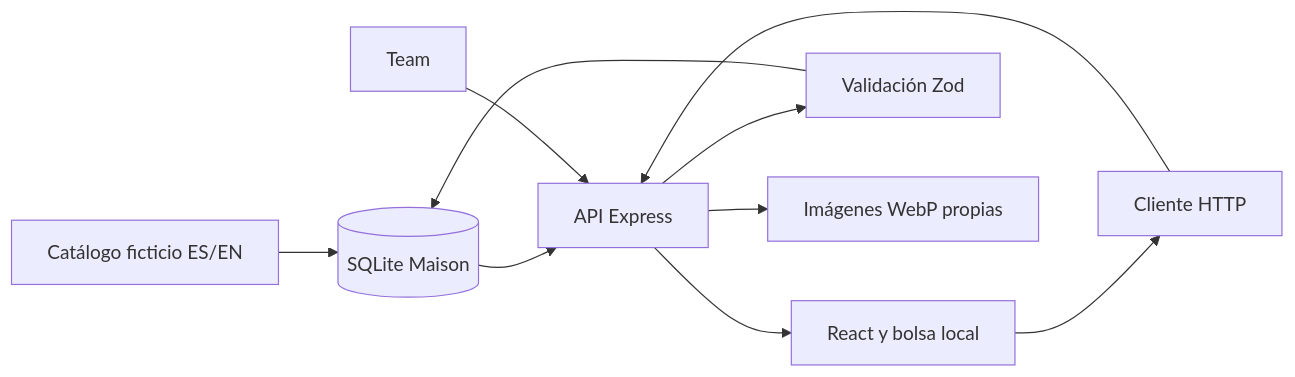
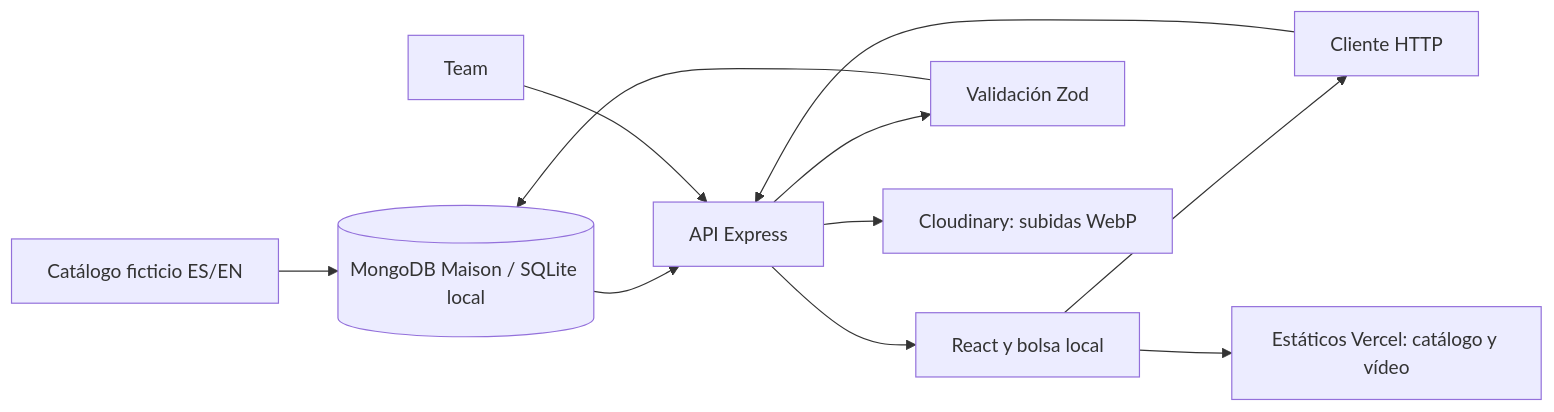
The first of 2 diagrams in docs/ARQUITECTURA.md (AraceliFradejas/BigSchool-TFM_KelseTSMaison), drawn with Mermaid before and after one commit. The commit also changed other lines of this file and 32 other files, not shown here.

Commit message:
Adapta Maison a MongoDB y Cloudinary y prepara Vercel

````diff
--- a/docs/ARQUITECTURA.md
+++ b/docs/ARQUITECTURA.md
@@ -7,12 +7,13 @@
 ```mermaid
 flowchart LR
-  Seed[Catálogo ficticio ES/EN] --> DB[(SQLite Maison)]
+  Seed[Catálogo ficticio ES/EN] --> DB[(MongoDB Maison / SQLite local)]
   Browser[React y bolsa local] --> Client[Cliente HTTP]
   Client --> API[API Express]
   API --> Schemas[Validación Zod]
   Schemas --> DB
   DB --> API
   API --> Browser
   Team[Team] --> API
-  API --> Media[Imágenes WebP propias]
+  API --> Media[Cloudinary: subidas WebP]
+  Browser --> Static[Estáticos Vercel: catálogo y vídeo]
 ```
````
